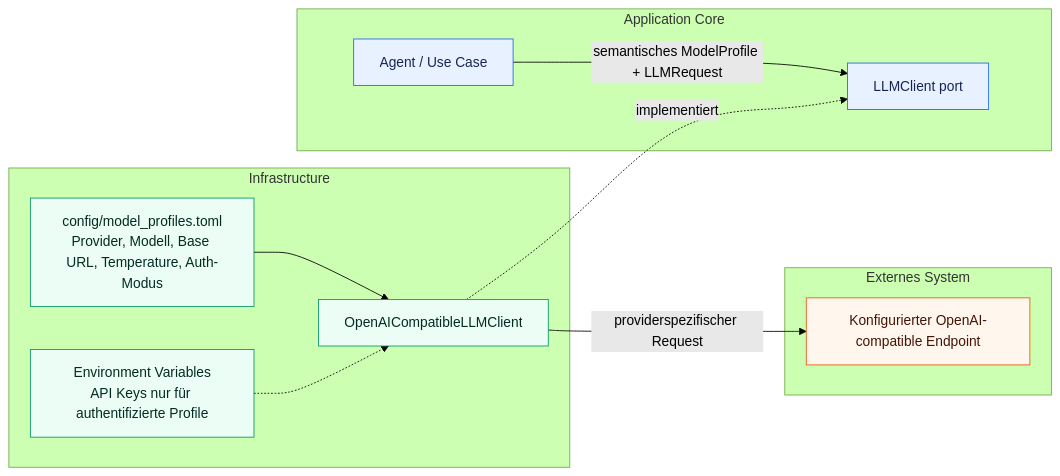
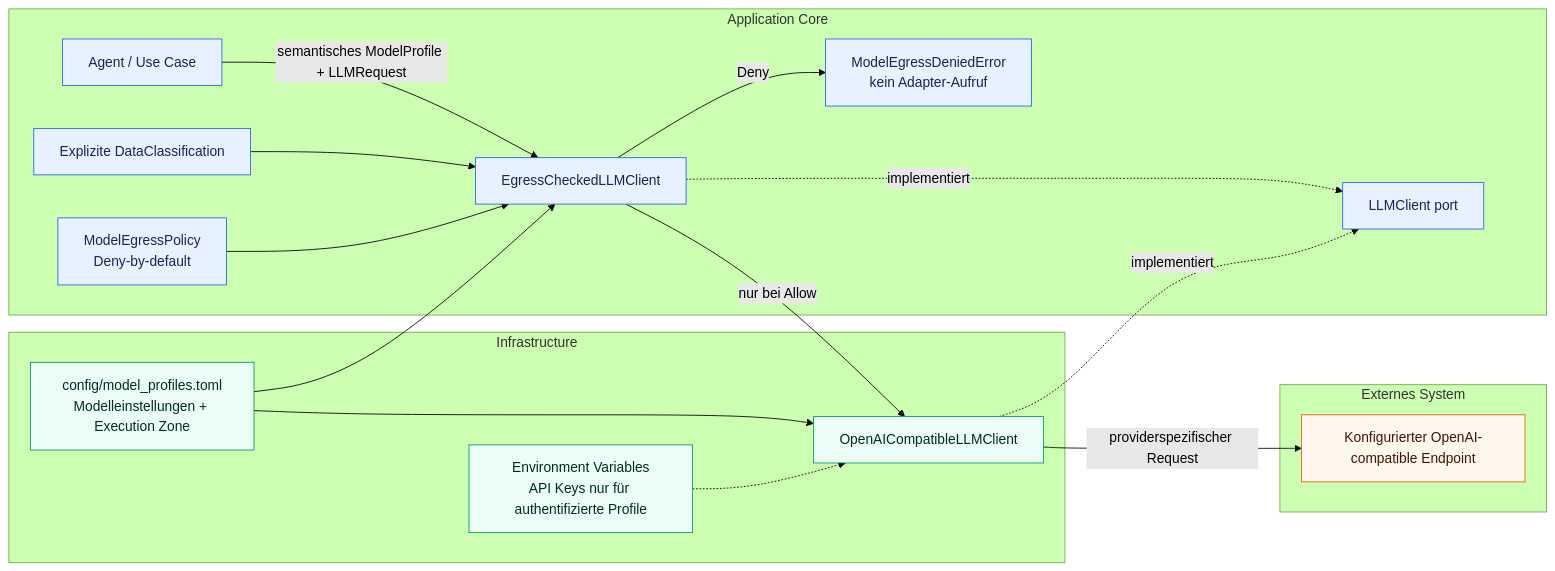
The third of 10 diagrams in docs/architecture/overview.de.md (aboerzel/industrial-ai-agent), drawn with Mermaid (forest theme) before and after one commit. The commit also changed other lines of this file and 13 other files, not shown here.

Commit message:
feat: enforce model data egress policy

````diff
--- a/docs/architecture/overview.de.md
+++ b/docs/architecture/overview.de.md
@@ -113,30 +116,41 @@
 ```mermaid
 flowchart LR
-    A["Agent / Use Case"] -->|"semantisches ModelProfile + LLMRequest"| P["LLMClient port"]
+    A["Agent / Use Case"] -->|"semantisches ModelProfile + LLMRequest"| G["EgressCheckedLLMClient"]
+    P["LLMClient port"]
+    G -.->|"implementiert"| P
     C["OpenAICompatibleLLMClient"] -.->|"implementiert"| P
-    TOML["config/model_profiles.toml<br/>Provider, Modell, Base URL, Temperature, Auth-Modus"] --> C
+    CL["Explizite DataClassification"] --> G
+    POLICY["ModelEgressPolicy<br/>Deny-by-default"] --> G
+    TOML["config/model_profiles.toml<br/>Modelleinstellungen + Execution Zone"] --> G
+    TOML --> C
     ENV["Environment Variables<br/>API Keys nur für authentifizierte Profile"] -.-> C
+    G -->|"nur bei Allow"| C
+    G -->|"Deny"| F["ModelEgressDeniedError<br/>kein Adapter-Aufruf"]
     C -->|"providerspezifischer Request"| E["Konfigurierter OpenAI-compatible Endpoint"]
 
     subgraph Core["Application Core"]
         A
         P
+        G
+        CL
+        POLICY
+        F
     end
 
     subgraph Infrastructure["Infrastructure"]
         C
         TOML
         ENV
     end
 
     subgraph External["Externes System"]
         E
     end
 
     classDef core fill:#e8f1ff,stroke:#2563eb,color:#172554
     classDef adapter fill:#ecfdf5,stroke:#059669,color:#022c22
     classDef external fill:#fff7ed,stroke:#ea580c,color:#431407
-    class A,P core
+    class A,P,G,CL,POLICY,F core
     class C,TOML,ENV adapter
     class E external
 ```
````
